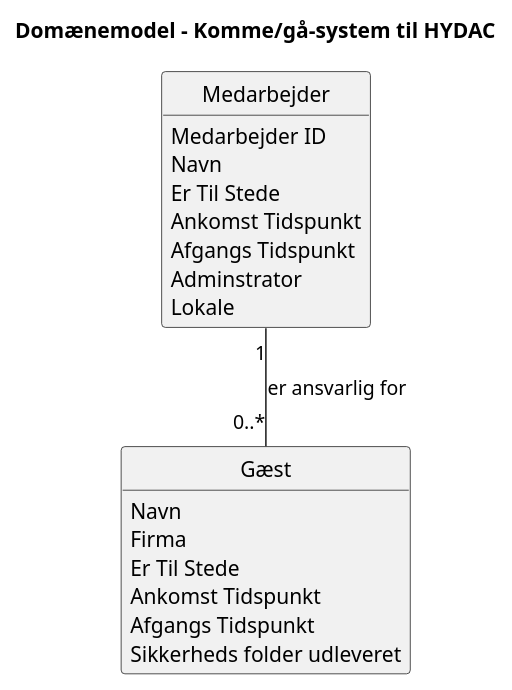
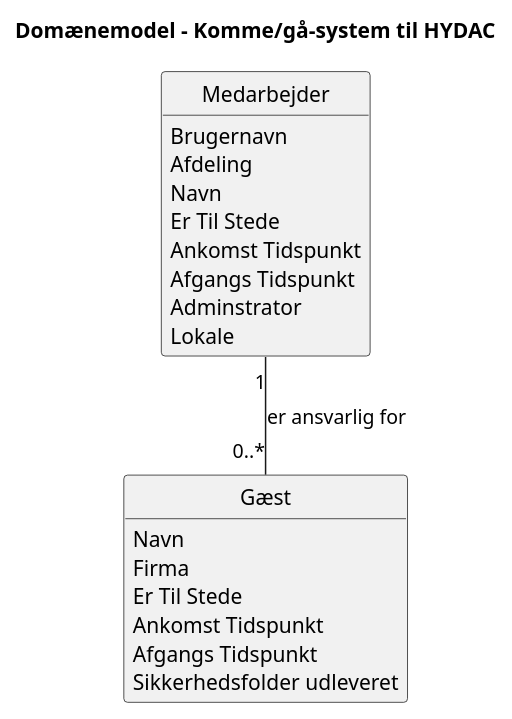
One commit to albla20/HydacTeamA4 changed the diagram in Artifacts/Domænemodel.puml. Above: the diagram before and after it, drawn with PlantUML. The commit also changed 6 other files, not shown here.

```diff
--- a/Artifacts/Domænemodel.puml
+++ b/Artifacts/Domænemodel.puml
@@ -2,28 +2,29 @@
 @startuml Domaenemodel
 title Domænemodel - Komme/gå-system til HYDAC
 skinparam classAttributeIconSize 0
 hide methods
 hide circle
 
 class Medarbejder {
-  Medarbejder ID
+  Brugernavn
+  Afdeling
   Navn
   Er Til Stede
   Ankomst Tidspunkt
   Afgangs Tidspunkt
   Adminstrator
   Lokale
 }
 
 class Gæst {
   Navn
   Firma
   Er Til Stede
   Ankomst Tidspunkt
   Afgangs Tidspunkt
-  Sikkerheds folder udleveret
+  Sikkerhedsfolder udleveret
 }
 
 Medarbejder "1" -- "0..*" Gæst : er ansvarlig for 
 
 @enduml
```
